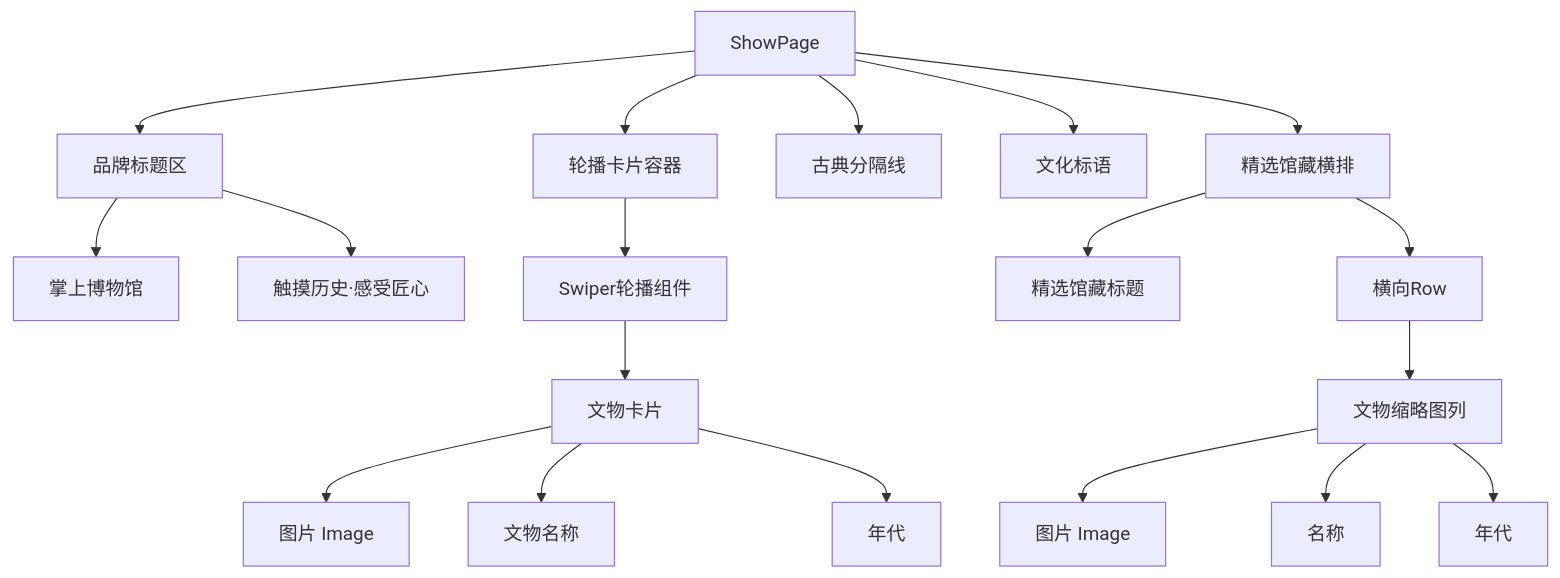
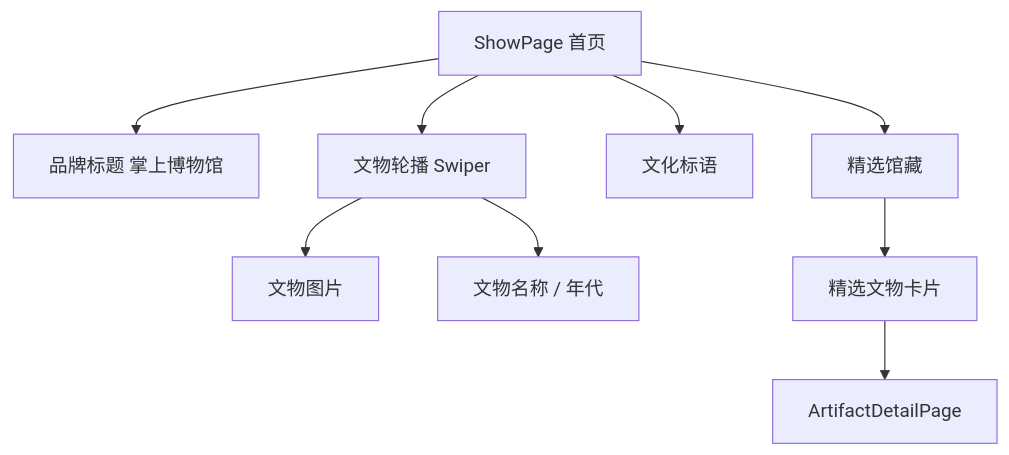
The third of 9 diagrams in Doc/设计文档.md (BUCT-CS2301/PalmMuseum), drawn with Mermaid before and after one commit. The commit also changed other lines of this file, not shown here.

````diff
--- a/Doc/设计文档.md
+++ b/Doc/设计文档.md
@@ -414,24 +435,11 @@
 ```mermaid
 flowchart TD
-    A[ShowPage] --> B[品牌标题区]
-    A --> C[轮播卡片容器]
-    A --> D[古典分隔线]
-    A --> E[文化标语]
-    A --> F[精选馆藏横排]
-
-    B --> B1[掌上博物馆]
-    B --> B2[触摸历史·感受匠心]
-
-    C --> C1[Swiper轮播组件]
-    C1 --> C2[文物卡片]
-    C2 --> C3[图片 Image]
-    C2 --> C4[文物名称]
-    C2 --> C5[年代]
-
-    F --> F1[精选馆藏标题]
-    F --> F2[横向Row]
-    F2 --> F3[文物缩略图列]
-    F3 --> F4[图片 Image]
-    F3 --> F5[名称]
-    F3 --> F6[年代]
+    A["ShowPage 首页"] --> B["品牌标题 掌上博物馆"]
+    A --> C["文物轮播 Swiper"]
+    C --> C1["文物图片"]
+    C --> C2["文物名称 / 年代"]
+    A --> D["文化标语"]
+    A --> E["精选馆藏"]
+    E --> E1["精选文物卡片"]
+    E1 --> F["ArtifactDetailPage"]
 ```
````
